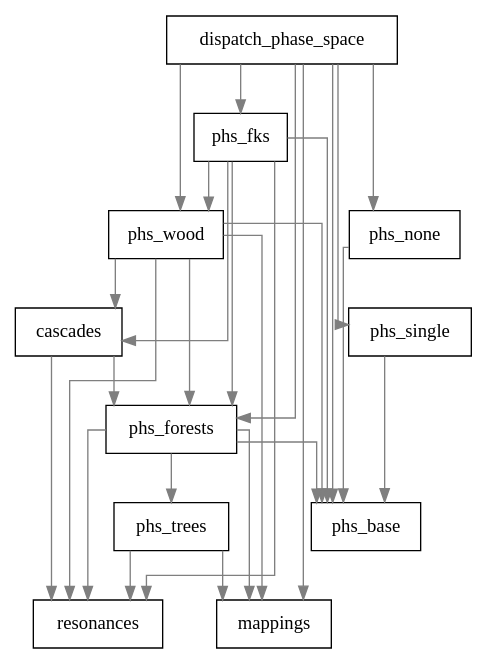
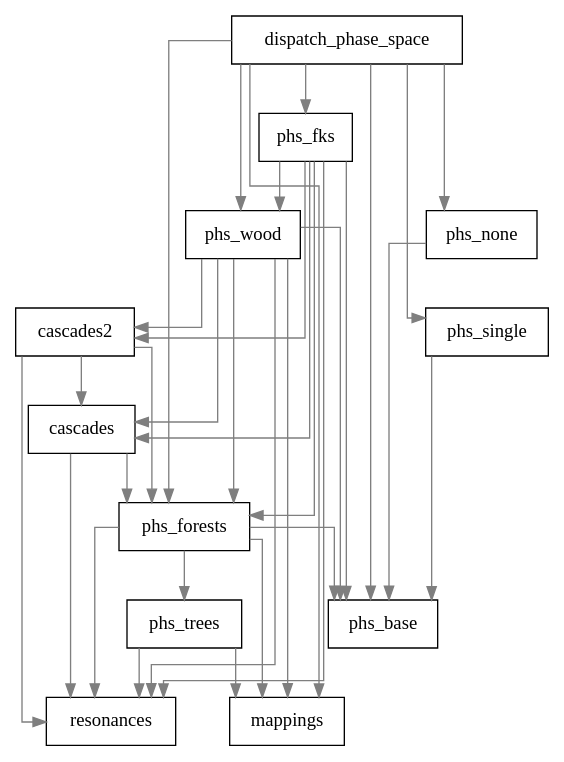
The diagram in share/doc/phase_space.dot (bendavid/whizard), drawn with Graphviz before and after one commit. The commit also changed 835 other files, not shown here.

```diff
--- a/share/doc/phase_space.dot
+++ b/share/doc/phase_space.dot
@@ -1,34 +1,39 @@
 
 digraph G {
 concentrate=true
 splines=ortho
 node[shape=record,style=filled,fillcolor=white]
 edge[color=gray50]
 phs_fks -> phs_base
 dispatch_phase_space -> phs_wood
 dispatch_phase_space -> phs_base
+cascades2 -> resonances
 phs_wood -> phs_base
 phs_fks -> phs_forests
 dispatch_phase_space -> phs_forests
 cascades -> resonances
 dispatch_phase_space -> mappings
 phs_trees -> mappings
 phs_wood -> phs_forests
 phs_forests -> resonances
 phs_fks -> cascades
+cascades2 -> cascades
+phs_wood -> cascades2
 phs_wood -> resonances
 phs_trees -> resonances
 phs_forests -> phs_trees
 phs_forests -> phs_base
 phs_wood -> mappings
 phs_none -> phs_base
 cascades -> phs_forests
 dispatch_phase_space -> phs_single
 phs_single -> phs_base
 phs_fks -> resonances
+cascades2 -> phs_forests
 dispatch_phase_space -> phs_fks
 phs_wood -> cascades
 phs_forests -> mappings
 phs_fks -> phs_wood
 dispatch_phase_space -> phs_none
+phs_fks -> cascades2
  }
```
